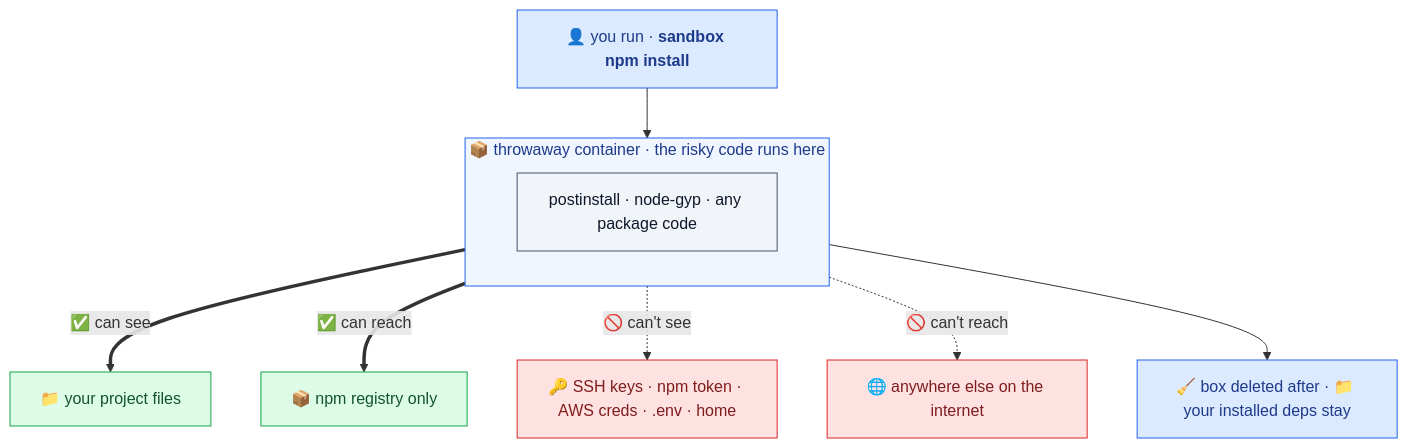
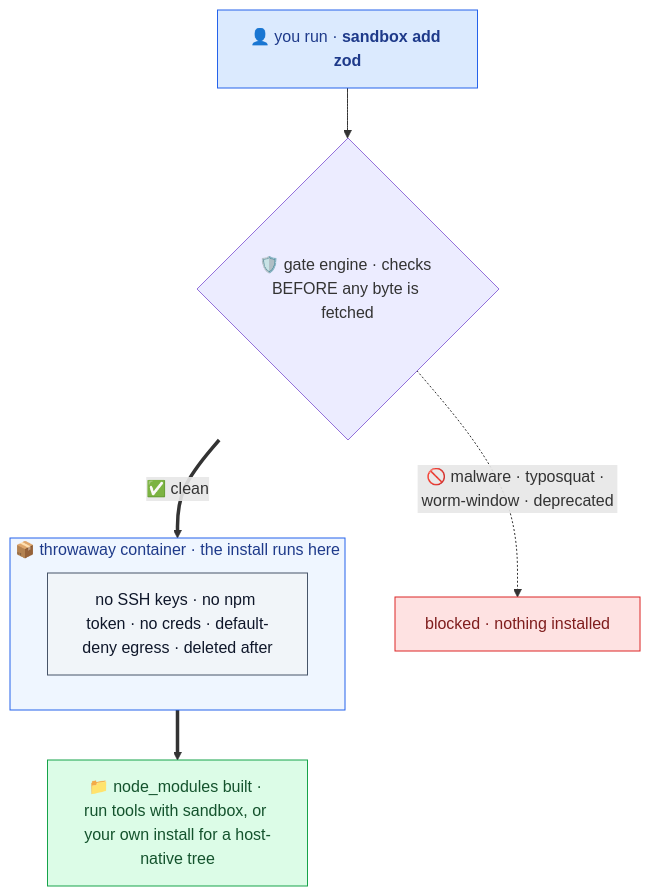
One commit to jagreehal/sandbox-node changed the diagram in README.md. Above: the diagram before and after it, drawn with Mermaid. The commit also changed other lines of this file and 73 other files, not shown here.

````diff
--- a/README.md
+++ b/README.md
@@ -7,18 +5,16 @@
 ```mermaid
 flowchart TB
-    YOU["👤 you run · <b>sandbox npm install</b>"]:::cmd
-    subgraph BOX["📦 throwaway container · the risky code runs here"]
-        RUN["postinstall · node-gyp · any package code"]:::neutral
+    YOU["👤 you run · <b>sandbox add zod</b>"]:::cmd
+    YOU --> GATE{"🛡️ gate engine · checks BEFORE any byte is fetched"}
+    GATE -.->|"🚫 malware · typosquat · worm-window · deprecated"| STOP["blocked · nothing installed"]:::danger
+    GATE ==>|"✅ clean"| BOX
+    subgraph BOX["📦 throwaway container · the install runs here"]
+        RUN["no SSH keys · no npm token · no creds · default-deny egress · deleted after"]:::neutral
     end
-    YOU --> BOX
-    BOX ==>|"✅ can see"| PROJ["📁 your project files"]:::safe
-    BOX ==>|"✅ can reach"| REG["📦 npm registry only"]:::safe
-    BOX -.->|"🚫 can't see"| SEC["🔑 SSH keys · npm token · AWS creds · .env · home"]:::danger
-    BOX -.->|"🚫 can't reach"| EVIL["🌐 anywhere else on the internet"]:::danger
-    BOX --> OUT["🧹 box deleted after · 📁 your installed deps stay"]:::cmd
+    BOX ==> DONE["📁 node_modules built · run tools with sandbox, or your own install for a host-native tree"]:::safe
     classDef cmd fill:#dbeafe,stroke:#2563eb,color:#1e3a8a;
     classDef safe fill:#dcfce7,stroke:#16a34a,color:#14532d;
     classDef danger fill:#fee2e2,stroke:#dc2626,color:#7f1d1d;
     classDef neutral fill:#f1f5f9,stroke:#475569,color:#0f172a;
     style BOX fill:#eff6ff,stroke:#2563eb,color:#1e3a8a;
 ```
````
